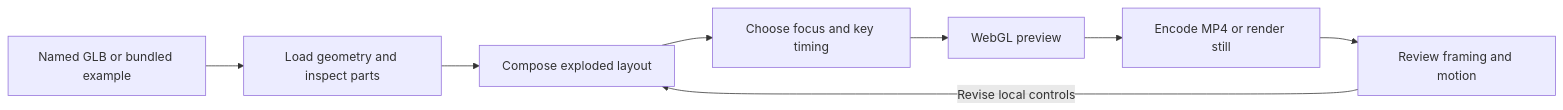
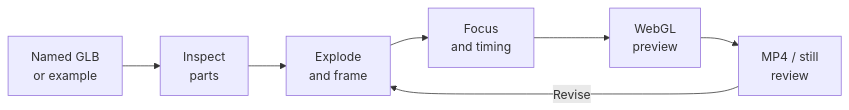
One commit to MuwenTriLi/creative-workflows changed the diagram in projects/03-model-breakdown/README.md. Above: the diagram before and after it, drawn with Mermaid. The commit also changed 4 other files, not shown here.

Commit message:
Make workflow diagrams readable at the default GitHub width

````diff
--- a/projects/03-model-breakdown/README.md
+++ b/projects/03-model-breakdown/README.md
@@ -26,10 +26,9 @@
 ```mermaid
 flowchart LR
-    A[Named GLB or bundled example] --> B[Load geometry and inspect parts]
-    B --> C[Compose exploded layout]
-    C --> D[Choose focus and key timing]
-    D --> E[WebGL preview]
-    E --> F[Encode MP4 or render still]
-    F --> G[Review framing and motion]
-    G -->|Revise local controls| C
+    A["Named GLB<br/>or example"] --> B["Inspect<br/>parts"]
+    B --> C["Explode<br/>and frame"]
+    C --> D["Focus<br/>and timing"]
+    D --> E["WebGL<br/>preview"]
+    E --> F["MP4 / still<br/>review"]
+    F -->|Revise| C
 ```
````
